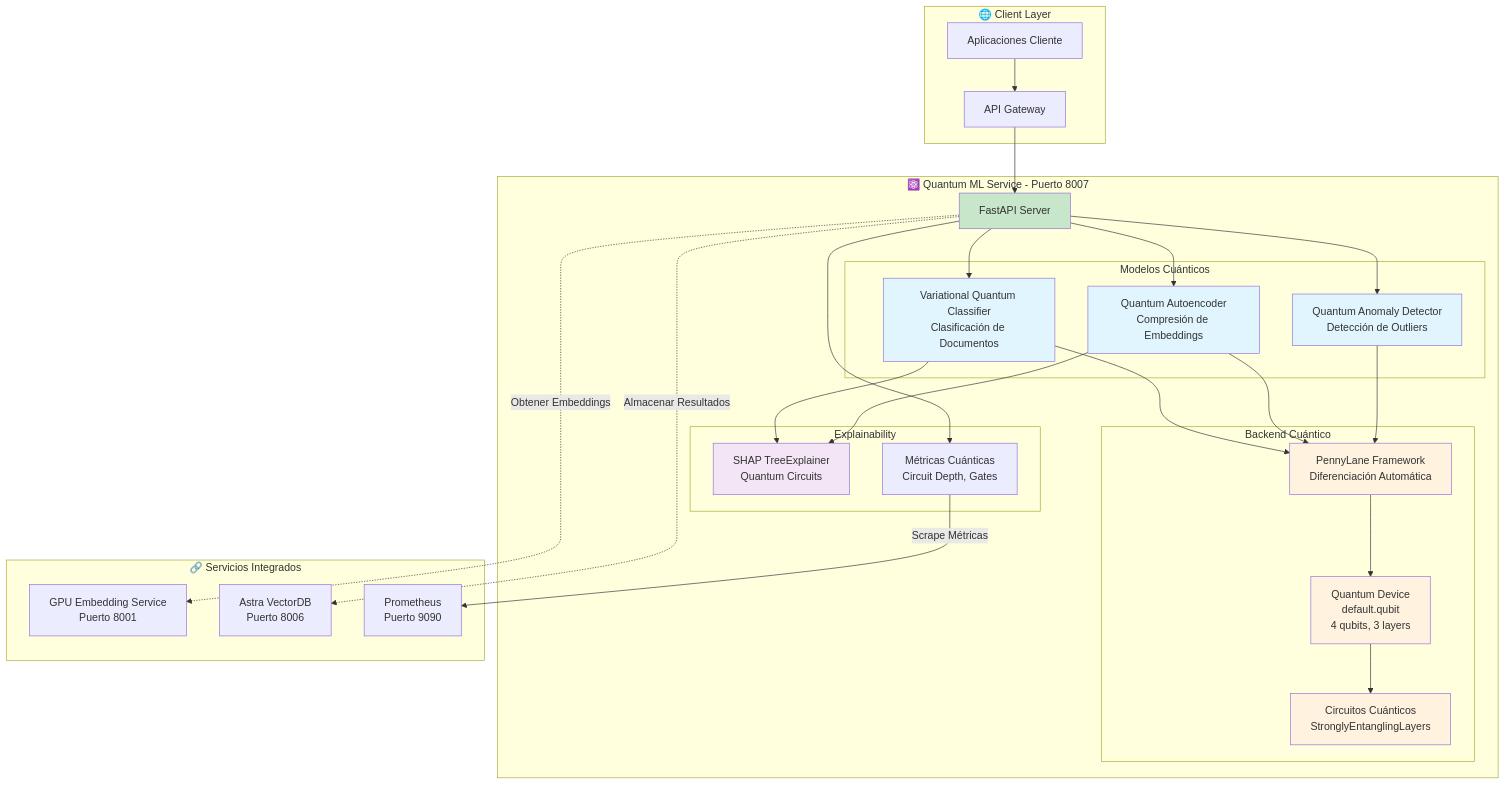
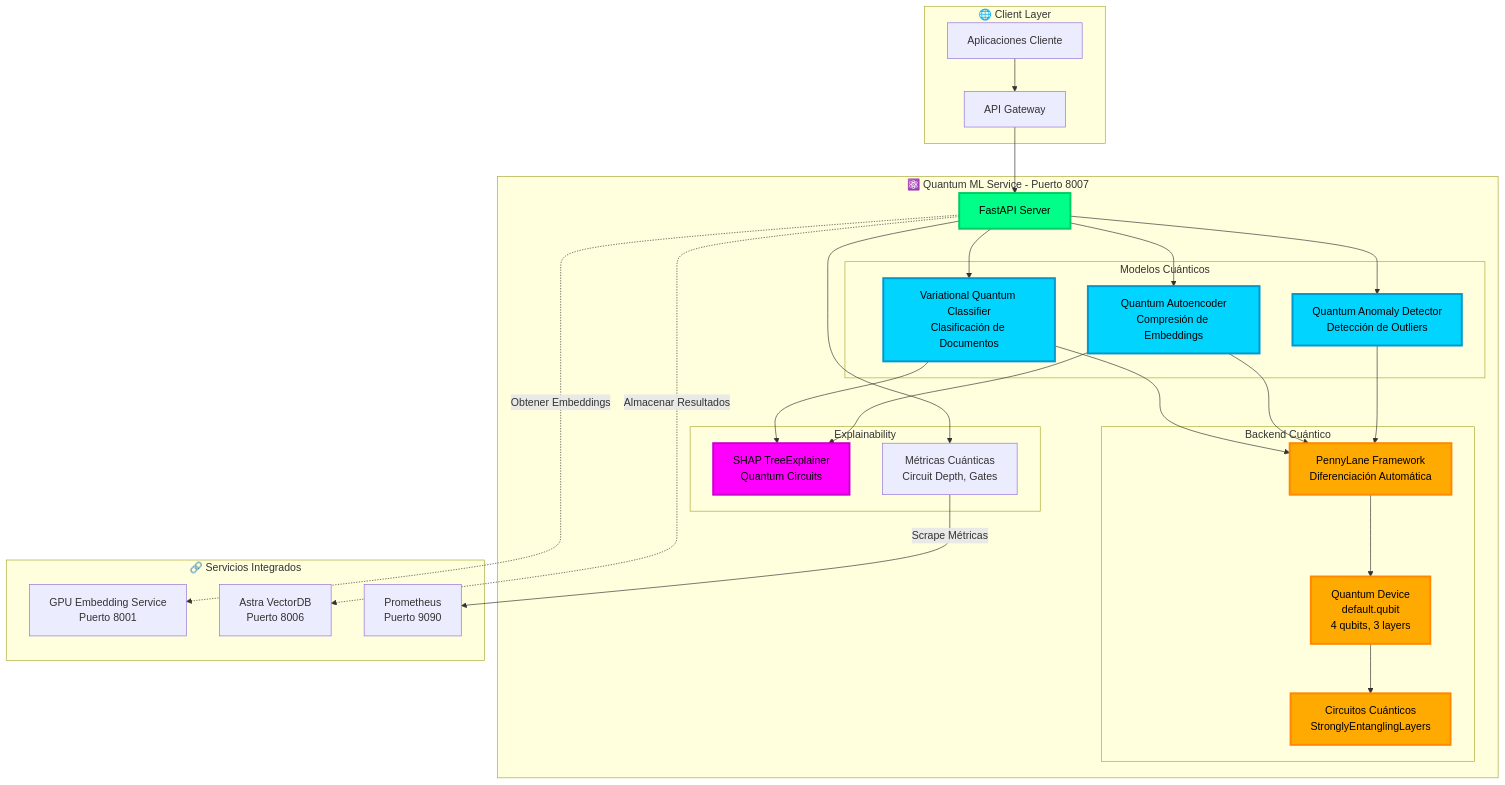
One commit to rjamoriz/Sistema-Corporativo-Documental-con-Capacidades-de-IA changed the sixth of 9 diagrams in README.md. Above: the diagram before and after it, drawn with Mermaid. The commit also changed other lines of this file, not shown here.

Commit message:
style: Actualizar colores de diagramas Mermaid a colores mucho más vivos y vibrantes con bordes

````diff
--- a/README.md
+++ b/README.md
@@ -643,66 +643,66 @@
 ```mermaid
 graph TB
     subgraph "🌐 Client Layer"
         CLIENT[Aplicaciones Cliente]
         API_GW[API Gateway]
     end
     
     subgraph "⚛️ Quantum ML Service - Puerto 8007"
         FASTAPI[FastAPI Server]
         
         subgraph "Modelos Cuánticos"
             VQC[Variational Quantum Classifier<br/>Clasificación de Documentos]
             QAUTO[Quantum Autoencoder<br/>Compresión de Embeddings]
             QANOM[Quantum Anomaly Detector<br/>Detección de Outliers]
         end
         
         subgraph "Backend Cuántico"
             PENNYLANE[PennyLane Framework<br/>Diferenciación Automática]
             QDEV[Quantum Device<br/>default.qubit<br/>4 qubits, 3 layers]
             QCIRCUIT[Circuitos Cuánticos<br/>StronglyEntanglingLayers]
         end
         
         subgraph "Explainability"
             SHAP_Q[SHAP TreeExplainer<br/>Quantum Circuits]
             METRICS_Q[Métricas Cuánticas<br/>Circuit Depth, Gates]
         end
     end
     
     subgraph "🔗 Servicios Integrados"
         GPU_EMB[GPU Embedding Service<br/>Puerto 8001]
         ASTRA_DB[Astra VectorDB<br/>Puerto 8006]
         PROMETHEUS[Prometheus<br/>Puerto 9090]
     end
     
     CLIENT --> API_GW
     API_GW --> FASTAPI
     
     FASTAPI --> VQC
     FASTAPI --> QAUTO
     FASTAPI --> QANOM
     
     VQC --> PENNYLANE
     QAUTO --> PENNYLANE
     QANOM --> PENNYLANE
     
     PENNYLANE --> QDEV
     QDEV --> QCIRCUIT
     
     VQC --> SHAP_Q
     QAUTO --> SHAP_Q
     
     FASTAPI --> METRICS_Q
     
     FASTAPI -.->|Obtener Embeddings| GPU_EMB
     FASTAPI -.->|Almacenar Resultados| ASTRA_DB
     METRICS_Q -->|Scrape Métricas| PROMETHEUS
     
-    style VQC fill:#e1f5ff
-    style QAUTO fill:#e1f5ff
-    style QANOM fill:#e1f5ff
-    style PENNYLANE fill:#fff3e0
-    style QDEV fill:#fff3e0
-    style QCIRCUIT fill:#fff3e0
-    style SHAP_Q fill:#f3e5f5
-    style FASTAPI fill:#c8e6c9
+    style VQC fill:#00d4ff,stroke:#0099cc,stroke-width:3px,color:#000
+    style QAUTO fill:#00d4ff,stroke:#0099cc,stroke-width:3px,color:#000
+    style QANOM fill:#00d4ff,stroke:#0099cc,stroke-width:3px,color:#000
+    style PENNYLANE fill:#ffaa00,stroke:#ff8800,stroke-width:3px,color:#000
+    style QDEV fill:#ffaa00,stroke:#ff8800,stroke-width:3px,color:#000
+    style QCIRCUIT fill:#ffaa00,stroke:#ff8800,stroke-width:3px,color:#000
+    style SHAP_Q fill:#ff00ff,stroke:#cc00cc,stroke-width:3px,color:#000
+    style FASTAPI fill:#00ff88,stroke:#00cc66,stroke-width:3px,color:#000
 ```
````
